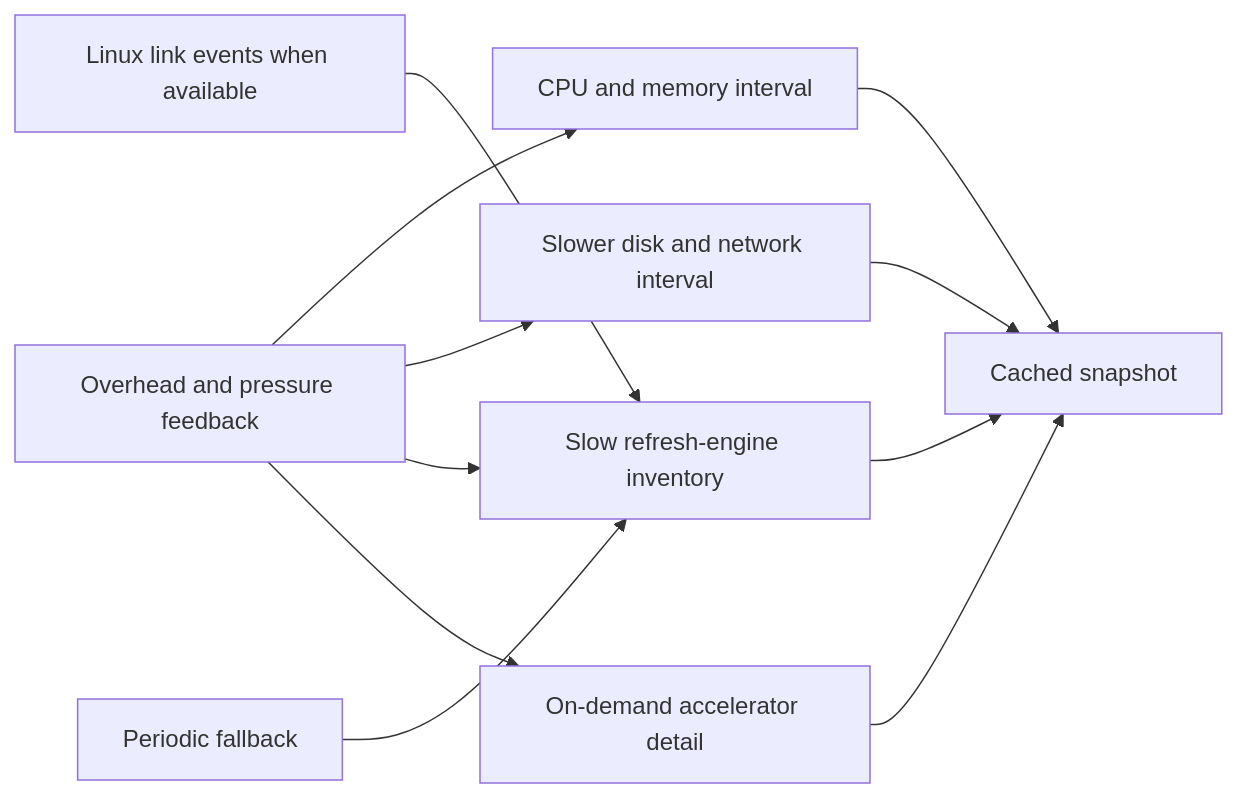
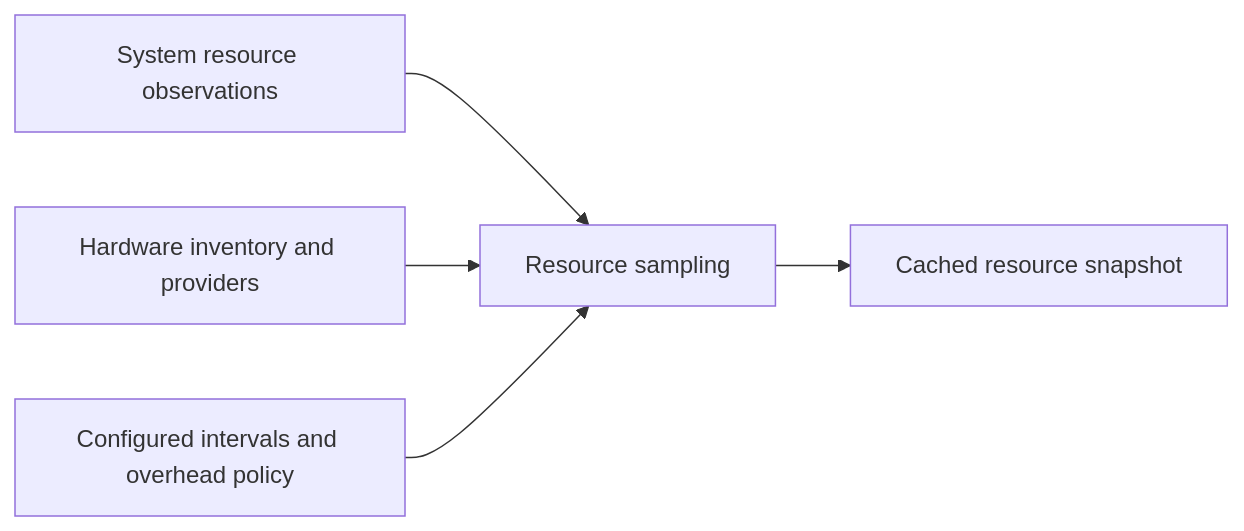
One commit to smuniharish/resourcera changed the diagram in diagrams/hybrid-sampling.mmd. Above: the diagram before and after it, drawn with Mermaid. The commit also changed 35 other files, not shown here.

```diff
--- a/diagrams/hybrid-sampling.mmd
+++ b/diagrams/hybrid-sampling.mmd
@@ -1,11 +1,5 @@
 flowchart LR
-    cpu["CPU and memory interval"] --> cache["Cached snapshot"]
-    io["Slower disk and network interval"] --> cache
-    inventory["Slow refresh-engine inventory"] --> cache
-    events["Linux link events when available"] --> inventory
-    demand["On-demand accelerator detail"] --> cache
-    fallback["Periodic fallback"] --> inventory
-    budget["Overhead and pressure feedback"] --> cpu
-    budget --> io
-    budget --> inventory
-    budget --> demand
+    system["System resource observations"] --> sampling["Resource sampling"]
+    inventory["Hardware inventory and providers"] --> sampling
+    policy["Configured intervals and overhead policy"] --> sampling
+    sampling --> snapshot["Cached resource snapshot"]
```
